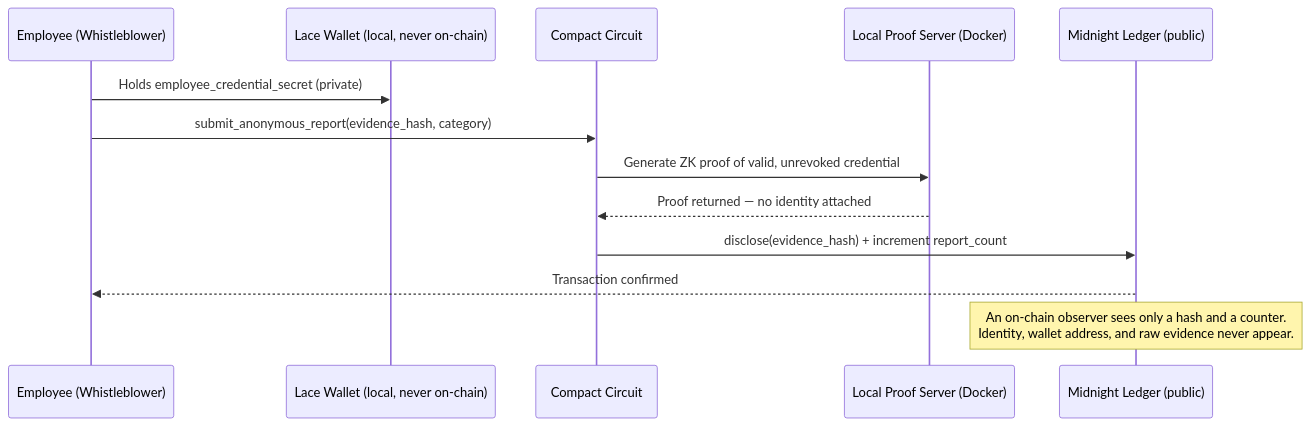
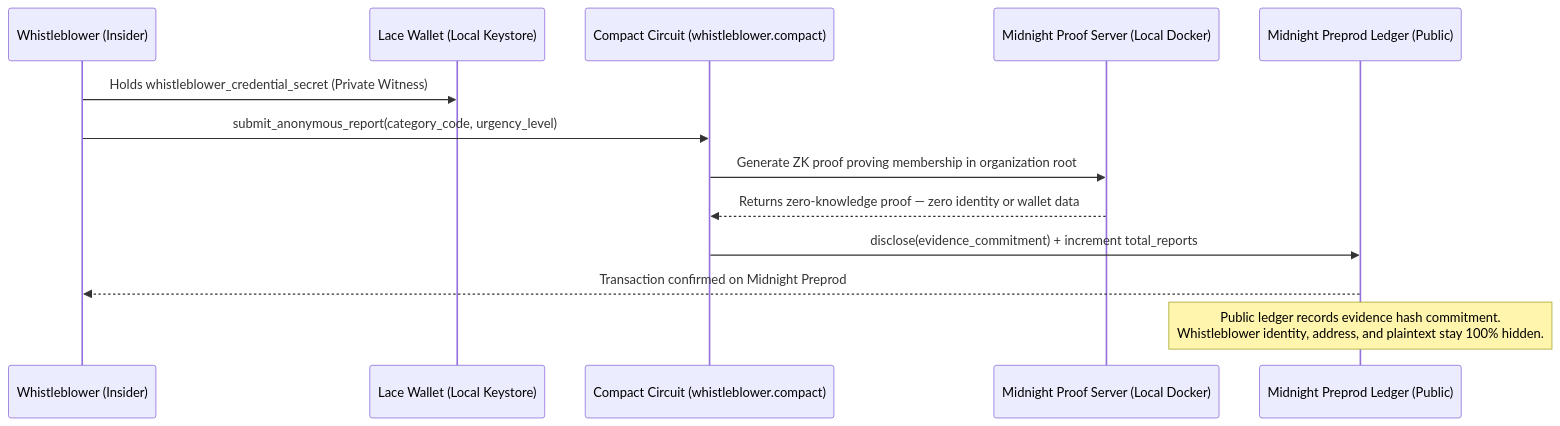
Before and after one commit to thesayancodes/WhistleZero-Anonymous_Whistleblower_Network: the first of 2 diagrams in README.md, drawn with Mermaid. The commit also changed other lines of this file and 25 other files, not shown here.

Commit message:
feat: upgrade to WhistleZeroProtocol Compact contract and record verified Preprod contract deployment

````diff
--- a/README.md
+++ b/README.md
@@ -55,16 +81,16 @@
 ```mermaid
 sequenceDiagram
-    participant E as Employee (Whistleblower)
-    participant W as Lace Wallet (local, never on-chain)
-    participant C as Compact Circuit
-    participant P as Local Proof Server (Docker)
-    participant L as Midnight Ledger (public)
+    participant E as Whistleblower (Insider)
+    participant W as Lace Wallet (Local Keystore)
+    participant C as Compact Circuit (whistleblower.compact)
+    participant P as Midnight Proof Server (Local Docker)
+    participant L as Midnight Preprod Ledger (Public)
 
-    E->>W: Holds employee_credential_secret (private)
-    E->>C: submit_anonymous_report(evidence_hash, category)
-    C->>P: Generate ZK proof of valid, unrevoked credential
-    P-->>C: Proof returned — no identity attached
-    C->>L: disclose(evidence_hash) + increment report_count
-    L-->>E: Transaction confirmed
-    Note over L: An on-chain observer sees only a hash and a counter.<br/>Identity, wallet address, and raw evidence never appear.
+    E->>W: Holds whistleblower_credential_secret (Private Witness)
+    E->>C: submit_anonymous_report(category_code, urgency_level)
+    C->>P: Generate ZK proof proving membership in organization root
+    P-->>C: Returns zero-knowledge proof — zero identity or wallet data
+    C->>L: disclose(evidence_commitment) + increment total_reports
+    L-->>E: Transaction confirmed on Midnight Preprod
+    Note over L: Public ledger records evidence hash commitment.<br/>Whistleblower identity, address, and plaintext stay 100% hidden.
 ```
````
